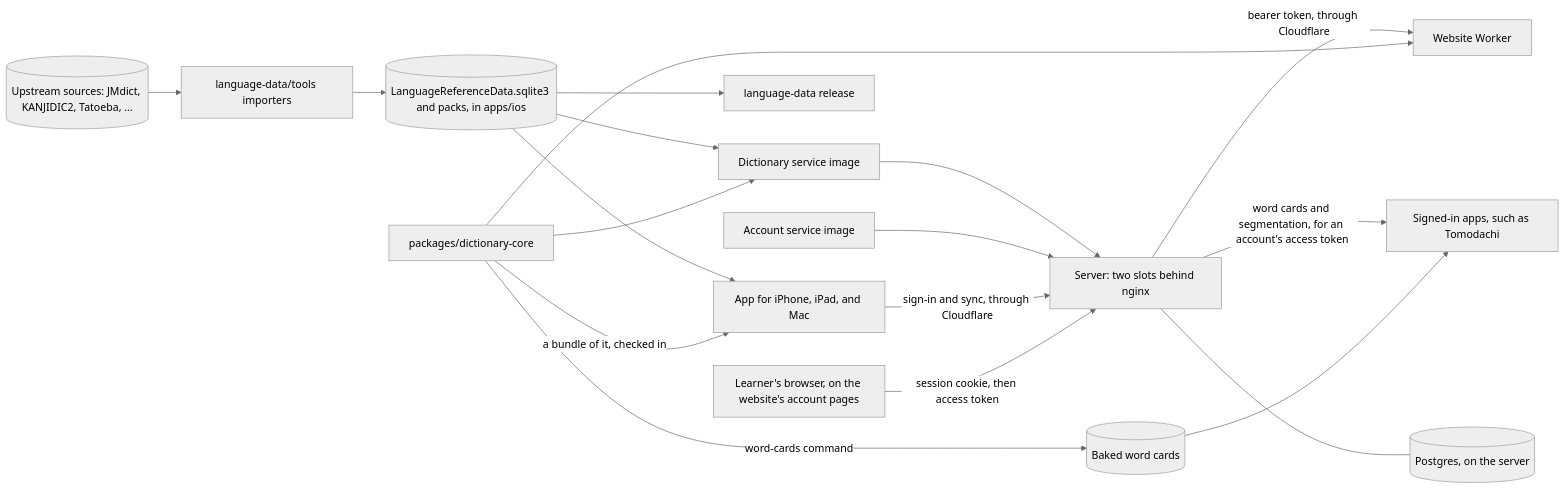
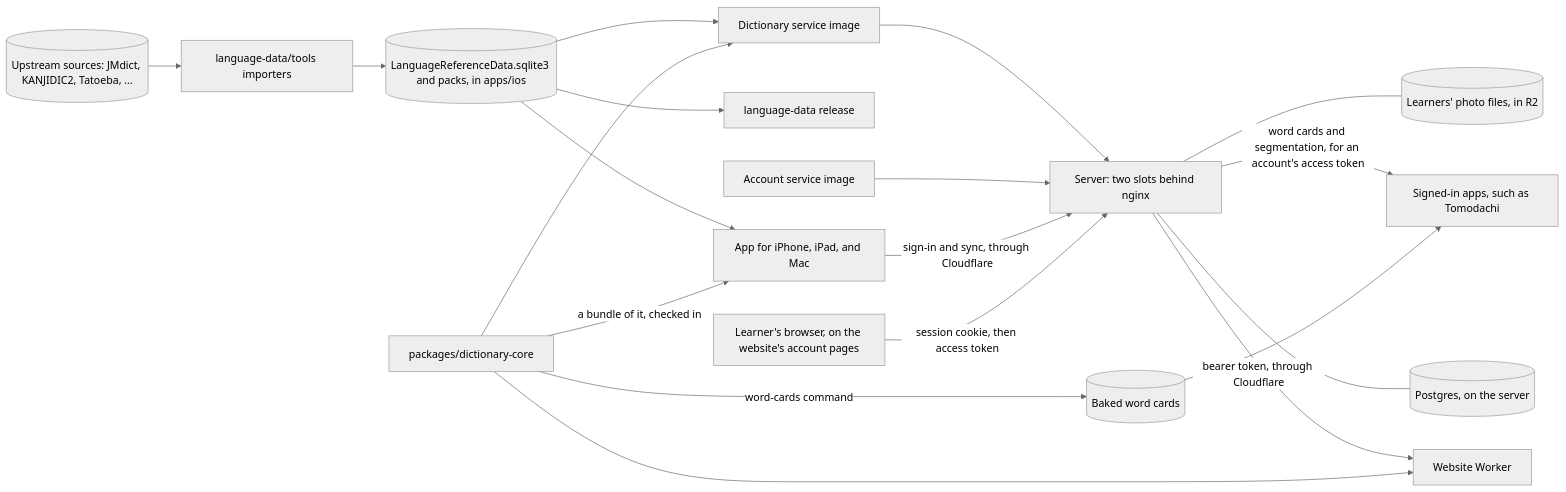
One commit to serpcompany/zenbujapanese-monorepo changed the diagram in ARCHITECTURE.md. Above: the diagram before and after it, drawn with Mermaid (neutral theme). The commit also changed other lines of this file and 14 other files, not shown here.

````diff
--- a/ARCHITECTURE.md
+++ b/ARCHITECTURE.md
@@ -22,20 +22,21 @@
 ```mermaid
 flowchart LR
     Sources[("Upstream sources: JMdict, KANJIDIC2, Tatoeba, ...")] --> Tools["language-data/tools importers"]
     Tools --> Data[("LanguageReferenceData.sqlite3 and packs, in apps/ios")]
     Data --> App["App for iPhone, iPad, and Mac"]
     Data --> Release["language-data release"]
     Data --> Image["Dictionary service image"]
     Core["packages/dictionary-core"] --> Image
     Core -->|"a bundle of it, checked in"| App
     Image --> Server["Server: two slots behind nginx"]
     Server -->|"bearer token, through Cloudflare"| Site["Website Worker"]
     Server -->|"word cards and segmentation, for an account's access token"| Apps["Signed-in apps, such as Tomodachi"]
     Core --> Site
     Core -->|"word-cards command"| Cards[("Baked word cards")]
     Cards --> Apps
     Accounts["Account service image"] --> Server
     App -->|"sign-in and sync, through Cloudflare"| Server
     Server --- Postgres[("Postgres, on the server")]
+    Server --- Photos[("Learners' photo files, in R2")]
     Browser["Learner's browser, on the website's account pages"] -->|"session cookie, then access token"| Server
 ```
````
